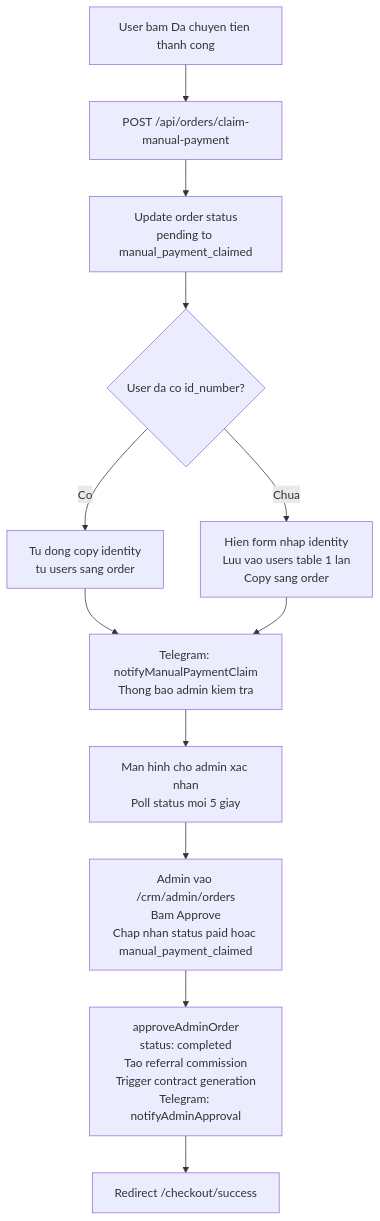
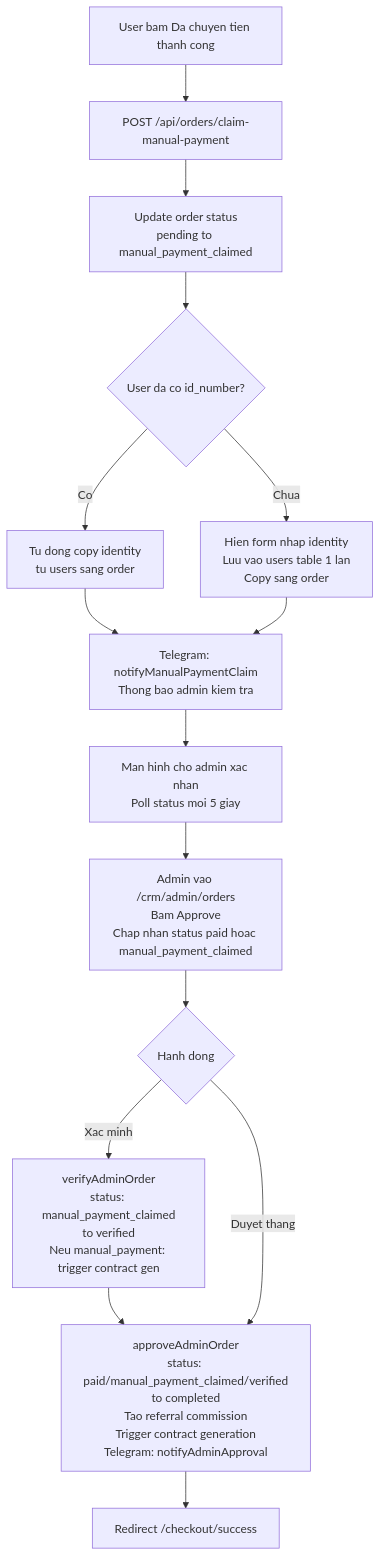
The third of 10 diagrams in docs/userflow.md (deptrai/dainganxanh), drawn with Mermaid before and after one commit. The commit also changed other lines of this file and 137 other files, not shown here.

````diff
--- a/docs/userflow.md
+++ b/docs/userflow.md
@@ -124,19 +124,22 @@
 ```mermaid
 flowchart TD
     UserClaim[User bam Da chuyen tien thanh cong] --> ClaimAPI[POST /api/orders/claim-manual-payment]
     ClaimAPI --> UpdateStatus[Update order status<br>pending to manual_payment_claimed]
     UpdateStatus --> AutoFillIdentity{User da co id_number?}
 
     AutoFillIdentity -->|Co| CopyToOrder[Tu dong copy identity<br>tu users sang order]
     CopyToOrder --> TelegramNotify
     AutoFillIdentity -->|Chua| ShowForm[Hien form nhap identity<br>Luu vao users table 1 lan<br>Copy sang order]
     ShowForm --> TelegramNotify
 
     TelegramNotify[Telegram: notifyManualPaymentClaim<br>Thong bao admin kiem tra]
 
     TelegramNotify --> WaitingScreen[Man hinh cho admin xac nhan<br>Poll status moi 5 giay]
 
     WaitingScreen --> AdminApprove[Admin vao /crm/admin/orders<br>Bam Approve<br>Chap nhan status paid hoac manual_payment_claimed]
-    AdminApprove --> CompleteOrder[approveAdminOrder<br>status: completed<br>Tao referral commission<br>Trigger contract generation<br>Telegram: notifyAdminApproval]
+    AdminApprove --> VerifyOrApprove{Hanh dong}
+    VerifyOrApprove -->|Xac minh| VerifyOrder2[verifyAdminOrder<br>status: manual_payment_claimed<br>to verified<br>Neu manual_payment: trigger contract gen]
+    VerifyOrder2 --> CompleteOrder
+    VerifyOrApprove -->|Duyet thang| CompleteOrder[approveAdminOrder<br>status: paid/manual_payment_claimed/verified<br>to completed<br>Tao referral commission<br>Trigger contract generation<br>Telegram: notifyAdminApproval]
     CompleteOrder --> RedirectSuccess[Redirect /checkout/success]
 ```
````
